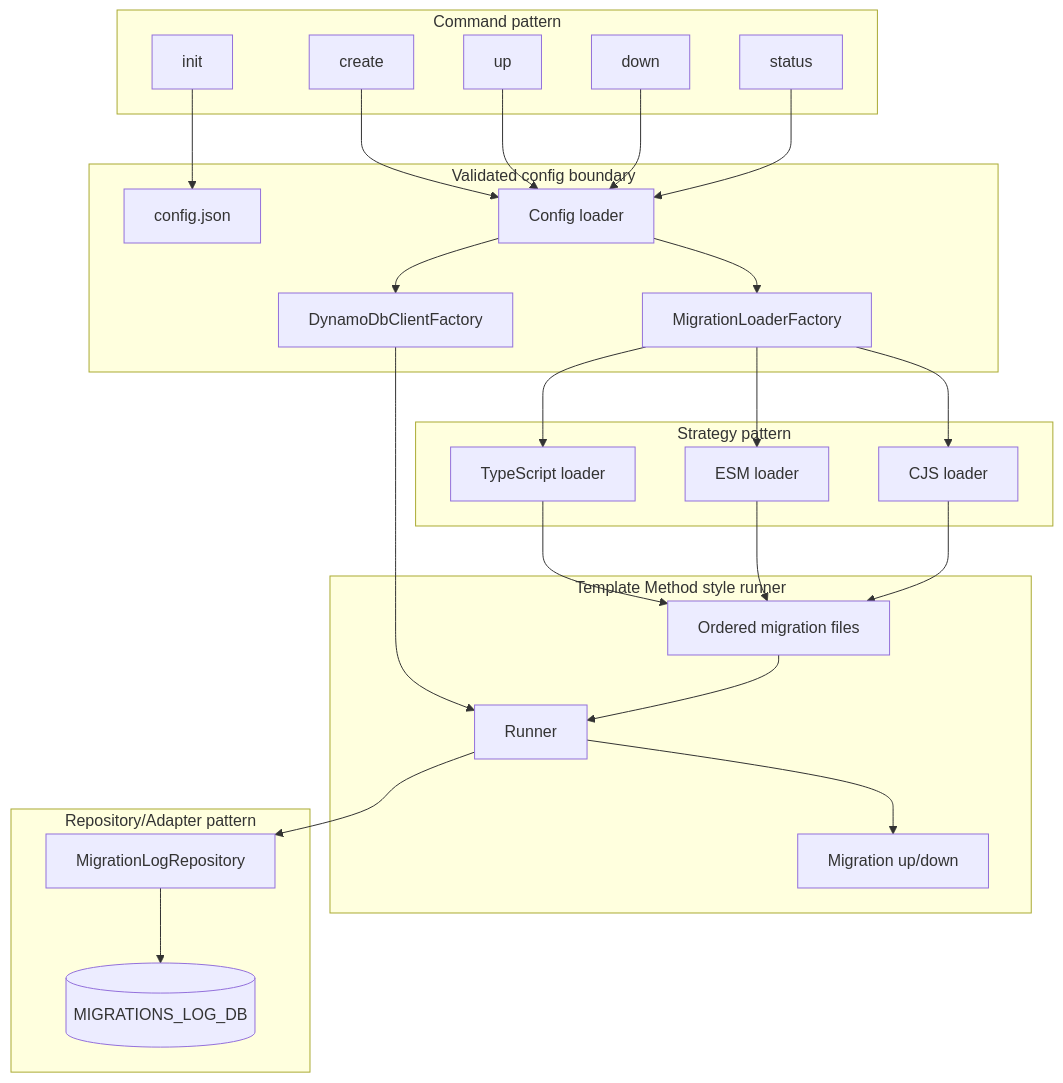
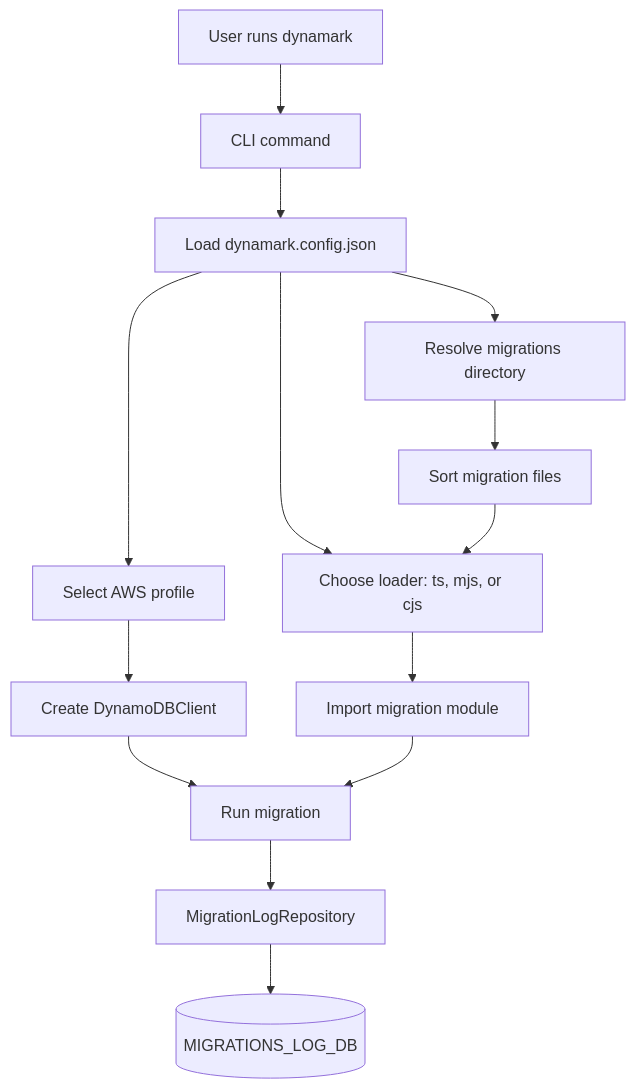
The first of 4 diagrams in docs/architecture.md (Gizmodlabs/dynamark), drawn with Mermaid before and after one commit. The commit also changed other lines of this file and 25 other files, not shown here.

````diff
--- a/docs/architecture.md
+++ b/docs/architecture.md
@@ -7,53 +7,16 @@
 ```mermaid
 flowchart TB
-  subgraph CLI["Command pattern"]
-    Init[init]
-    Create[create]
-    Up[up]
-    Down[down]
-    Status[status]
-  end
-
-  subgraph Config["Validated config boundary"]
-    ConfigJson[config.json]
-    ConfigLoader[Config loader]
-    ClientFactory[DynamoDbClientFactory]
-    LoaderFactory[MigrationLoaderFactory]
-  end
-
-  subgraph Loading["Strategy pattern"]
-    TsLoader[TypeScript loader]
-    MjsLoader[ESM loader]
-    CjsLoader[CJS loader]
-  end
-
-  subgraph Runtime["Template Method style runner"]
-    OrderedFiles[Ordered migration files]
-    Migration[Migration up/down]
-    Runner[Runner]
-  end
-
-  subgraph Storage["Repository/Adapter pattern"]
-    LogRepo[MigrationLogRepository]
-    LogTable[(MIGRATIONS_LOG_DB)]
-  end
-
-  Init --> ConfigJson
-  Create --> ConfigLoader
-  Up --> ConfigLoader
-  Down --> ConfigLoader
-  Status --> ConfigLoader
-  ConfigLoader --> ClientFactory
-  ConfigLoader --> LoaderFactory
-  LoaderFactory --> TsLoader
-  LoaderFactory --> MjsLoader
-  LoaderFactory --> CjsLoader
-  TsLoader --> OrderedFiles
-  MjsLoader --> OrderedFiles
-  CjsLoader --> OrderedFiles
-  ClientFactory --> Runner
-  OrderedFiles --> Runner
-  Runner --> Migration
-  Runner --> LogRepo
-  LogRepo --> LogTable
+  User["User runs dynamark"] --> CLI["CLI command"]
+  CLI --> Config["Load dynamark.config.json"]
+  Config --> Profile["Select AWS profile"]
+  Profile --> Client["Create DynamoDBClient"]
+  Config --> Directory["Resolve migrations directory"]
+  Directory --> Files["Sort migration files"]
+  Config --> Loader["Choose loader: ts, mjs, or cjs"]
+  Files --> Loader
+  Loader --> Migration["Import migration module"]
+  Client --> Runner["Run migration"]
+  Migration --> Runner
+  Runner --> LogRepo["MigrationLogRepository"]
+  LogRepo --> LogTable[("MIGRATIONS_LOG_DB")]
 ```
````
